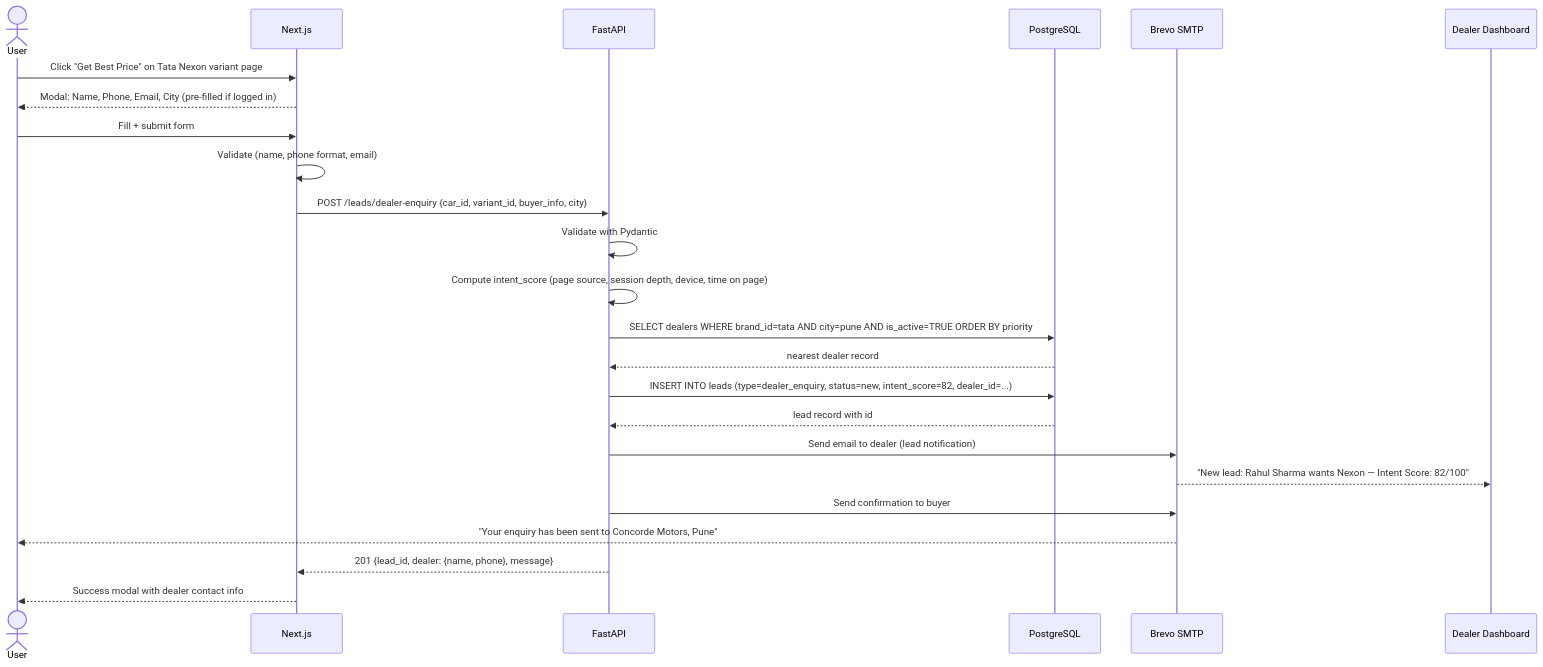
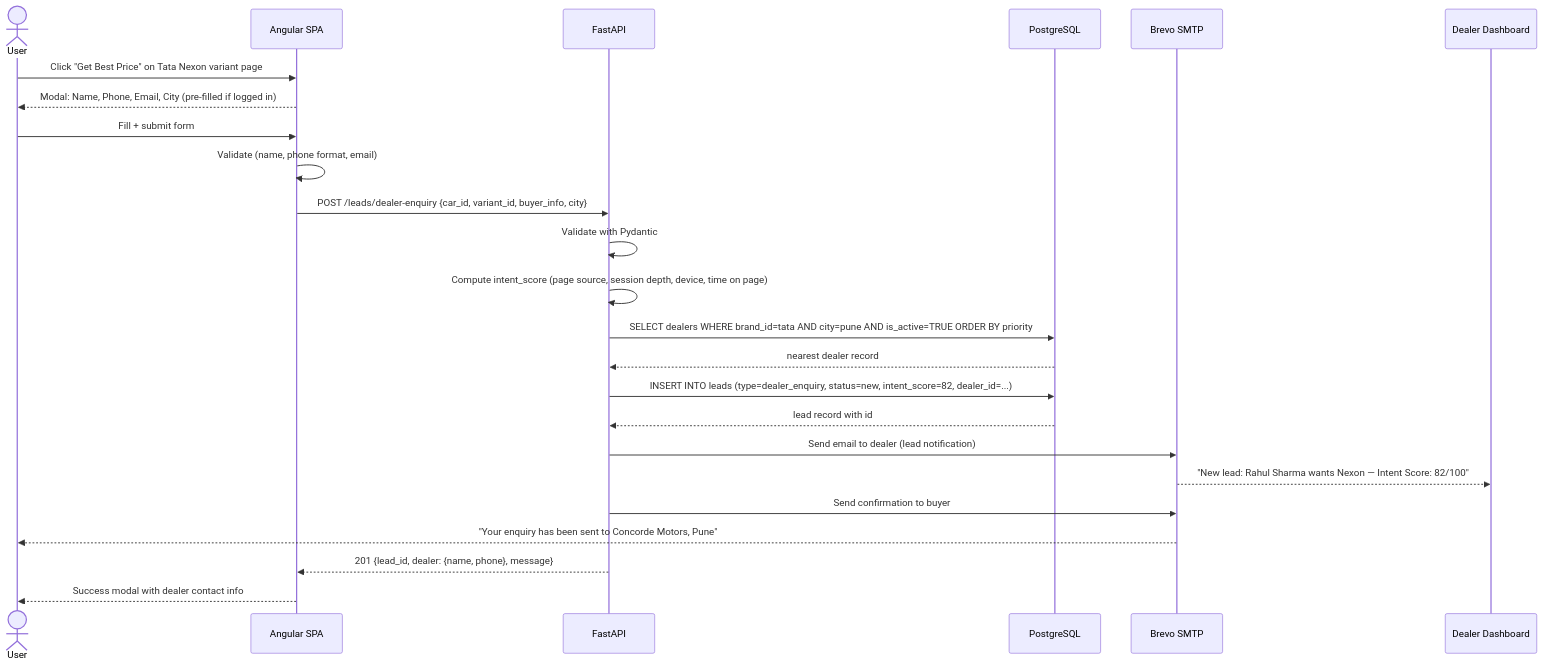
Before and after one commit to manojkparija/GAAADIIQ: the fifth of 7 diagrams in docs/LLD/SequenceDiagrams.md, drawn with Mermaid. The commit also changed other lines of this file and 44 other files, not shown here.

````diff
--- a/docs/LLD/SequenceDiagrams.md
+++ b/docs/LLD/SequenceDiagrams.md
@@ -169,31 +184,31 @@
 ```mermaid
 sequenceDiagram
     actor U as User
-    participant FE as Next.js
+    participant FE as Angular SPA
     participant API as FastAPI
     participant DB as PostgreSQL
     participant SMTP as Brevo SMTP
     participant DEALER as Dealer Dashboard
 
     U->>FE: Click "Get Best Price" on Tata Nexon variant page
     FE-->>U: Modal: Name, Phone, Email, City (pre-filled if logged in)
     U->>FE: Fill + submit form
     FE->>FE: Validate (name, phone format, email)
     FE->>API: POST /leads/dealer-enquiry {car_id, variant_id, buyer_info, city}
     
     API->>API: Validate with Pydantic
     API->>API: Compute intent_score (page source, session depth, device, time on page)
     API->>DB: SELECT dealers WHERE brand_id=tata AND city=pune AND is_active=TRUE ORDER BY priority
     DB-->>API: nearest dealer record
     API->>DB: INSERT INTO leads (type=dealer_enquiry, status=new, intent_score=82, dealer_id=...)
     DB-->>API: lead record with id
     
     API->>SMTP: Send email to dealer (lead notification)
     SMTP-->>DEALER: "New lead: Rahul Sharma wants Nexon — Intent Score: 82/100"
     
     API->>SMTP: Send confirmation to buyer
     SMTP-->>U: "Your enquiry has been sent to Concorde Motors, Pune"
     
     API-->>FE: 201 {lead_id, dealer: {name, phone}, message}
     FE-->>U: Success modal with dealer contact info
 ```
````
